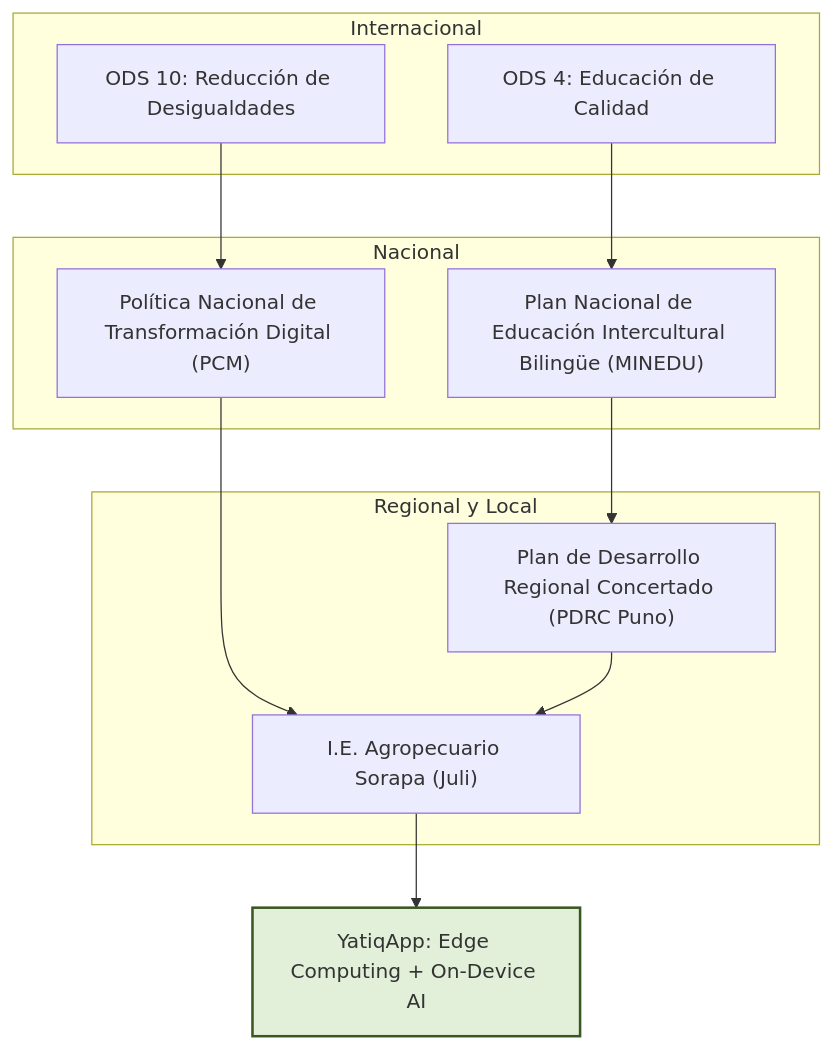
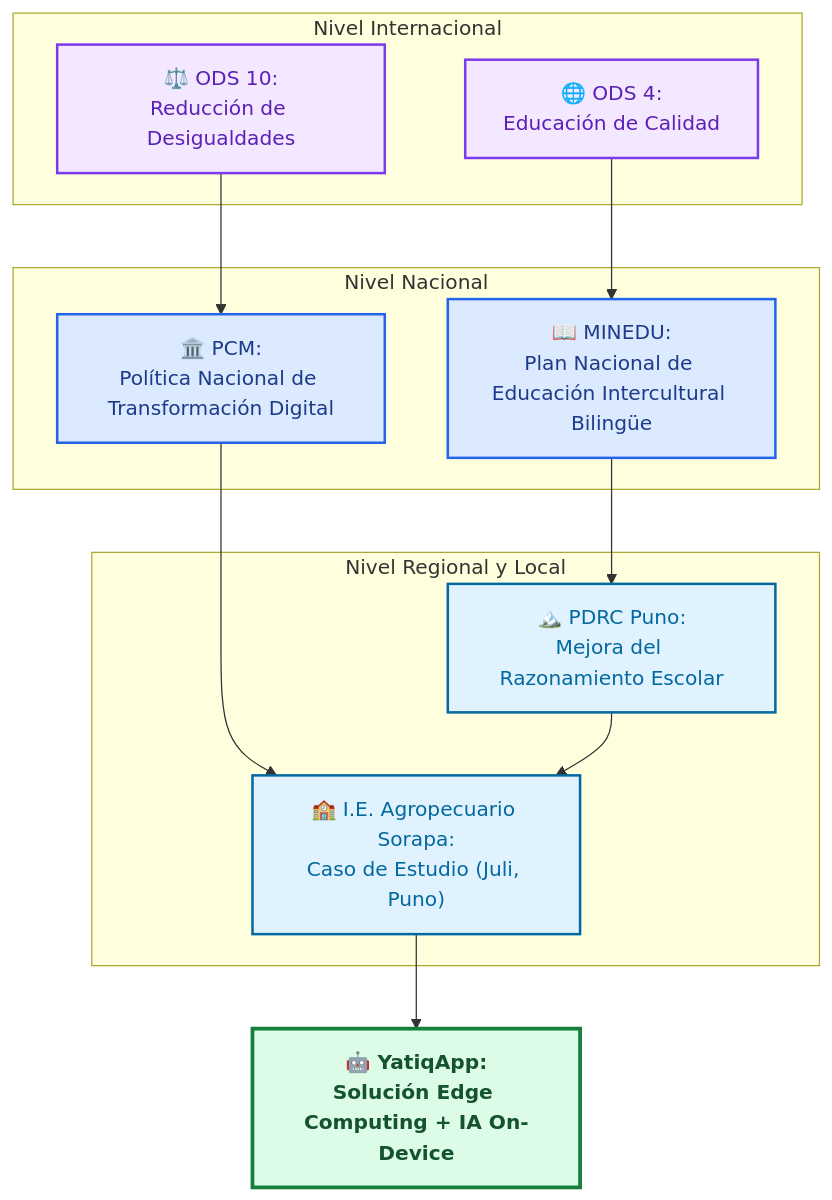
One commit to jhanslarico11/Perfil-de-Egreso changed the second of 4 diagrams in docs/ChristianRafaelMamaniCallata/entregable1.md. Above: the diagram before and after it, drawn with Mermaid. The commit also changed other lines of this file and 4 other files, not shown here.

Commit message:
Personalización visual y estilización de los diagramas Mermaid

````diff
--- a/docs/ChristianRafaelMamaniCallata/entregable1.md
+++ b/docs/ChristianRafaelMamaniCallata/entregable1.md
@@ -213,28 +211,32 @@
 ```mermaid
 graph TD
-    subgraph Internacional
-        ODS4["ODS 4: Educación de Calidad"]
-        ODS10["ODS 10: Reducción de Desigualdades"]
+    classDef int fill:#f3e8ff,stroke:#7c3aed,stroke-width:2px,color:#5b21b6;
+    classDef nac fill:#dbeafe,stroke:#2563eb,stroke-width:2px,color:#1e3a8a;
+    classDef reg fill:#e0f2fe,stroke:#0369a1,stroke-width:2px,color:#0369a1;
+    classDef sol fill:#dcfce7,stroke:#15803d,stroke-width:3px,color:#14532d,font-weight:bold;
+
+    subgraph Nivel Internacional
+        ODS4["🌐 ODS 4:<br>Educación de Calidad"]:::int
+        ODS10["⚖️ ODS 10:<br>Reducción de Desigualdades"]:::int
     end
 
-    subgraph Nacional
-        PCM["Política Nacional de Transformación Digital (PCM)"]
-        MINEDU["Plan Nacional de Educación Intercultural Bilingüe (MINEDU)"]
+    subgraph Nivel Nacional
+        PCM["🏛️ PCM:<br>Política Nacional de Transformación Digital"]:::nac
+        MINEDU["📖 MINEDU:<br>Plan Nacional de Educación Intercultural Bilingüe"]:::nac
     end
 
-    subgraph Regional y Local
-        PDRC["Plan de Desarrollo Regional Concertado (PDRC Puno)"]
-        IES["I.E. Agropecuario Sorapa (Juli)"]
+    subgraph Nivel Regional y Local
+        PDRC["🏔️ PDRC Puno:<br>Mejora del Razonamiento Escolar"]:::reg
+        IES["🏫 I.E. Agropecuario Sorapa:<br>Caso de Estudio (Juli, Puno)"]:::reg
     end
+
+    %% Solución
+    Yatiq["🤖 YatiqApp:<br>Solución Edge Computing + IA On-Device"]:::sol
 
     ODS4 --> MINEDU
     ODS10 --> PCM
     MINEDU --> PDRC
     PCM --> IES
     PDRC --> IES
-    
-    %% Solución
-    IES --> Yatiq["YatiqApp: Edge Computing + On-Device AI"]
-    
-    style Yatiq fill:#e2f0d9,stroke:#385723,stroke-width:2px;
+    IES --> Yatiq
 ```
````
